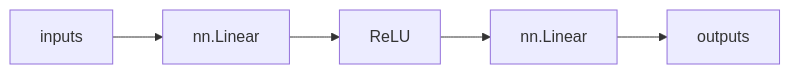
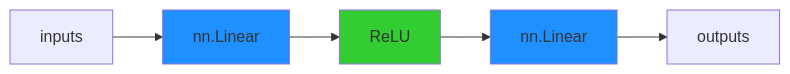
Before and after one commit to jpotw/ai-study: the diagram in pytorch-dl-programming/notes/08.MNIST.md, drawn with Mermaid. The commit also changed other lines of this file and 6 other files, not shown here.

````diff
--- a/pytorch-dl-programming/notes/08.MNIST.md
+++ b/pytorch-dl-programming/notes/08.MNIST.md
@@ -9,7 +11,11 @@
 ```mermaid
 flowchart LR
     inputs --> linear1[nn.Linear]
     linear1 --> relu[ReLU]
     relu --> linear2[nn.Linear]
     linear2 --> outputs
+    
+    style linear1 fill:#1E90FF
+    style relu fill:#32CD32
+    style linear2 fill:#1E90FF
 ```
````
